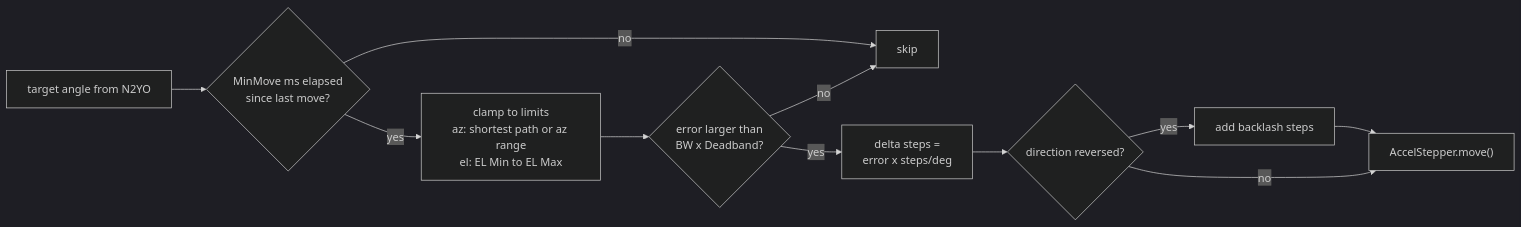
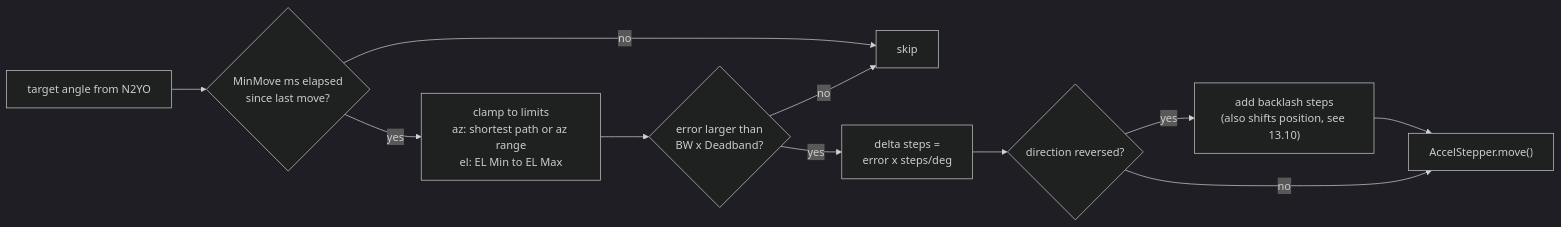
One commit to rodrisan/ardusat-tracker changed the third of 3 diagrams in docs/SATELLITE_TRACKER_GUIDE.md. Above: the diagram before and after it, drawn with Mermaid (dark theme). The commit also changed other lines of this file and 8 other files, not shown here.

````diff
--- a/docs/SATELLITE_TRACKER_GUIDE.md
+++ b/docs/SATELLITE_TRACKER_GUIDE.md
@@ -491,12 +501,12 @@
 ```mermaid
 flowchart LR
     T["target angle from N2YO"] --> R{"MinMove ms elapsed<br/>since last move?"}
     R -- no --> X["skip"]
     R -- yes --> L["clamp to limits<br/>az: shortest path or az range<br/>el: EL Min to EL Max"]
     L --> DB{"error larger than<br/>BW x Deadband?"}
     DB -- no --> X
     DB -- yes --> S["delta steps =<br/>error x steps/deg"]
     S --> BL{"direction reversed?"}
-    BL -- yes --> BL1["add backlash steps"] --> M["AccelStepper.move()"]
+    BL -- yes --> BL1["add backlash steps<br/>(also shifts position, see 13.10)"] --> M["AccelStepper.move()"]
     BL -- no --> M
 ```
````
